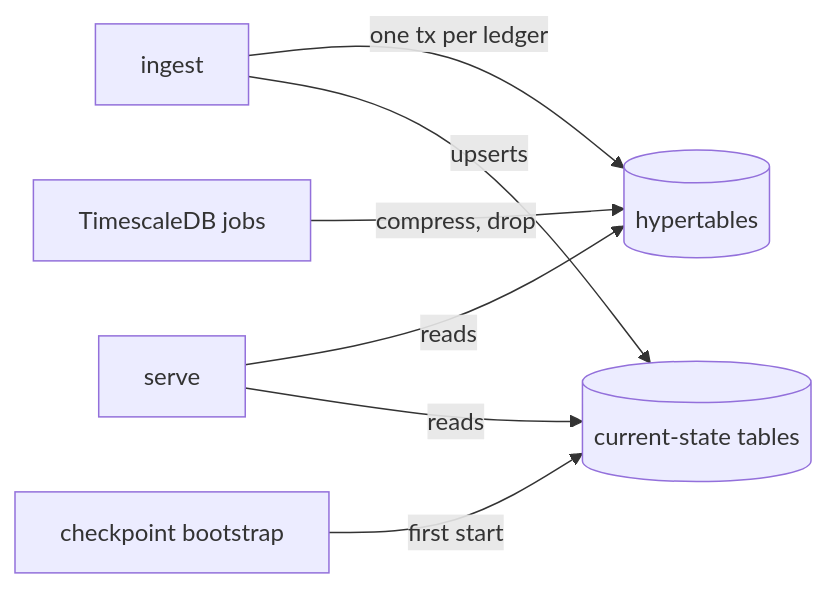
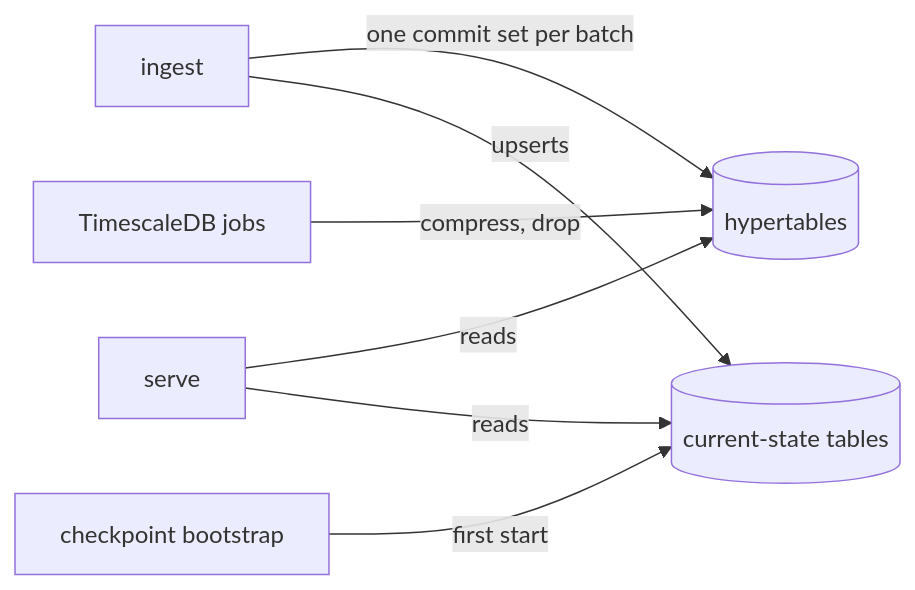
One commit to stellar/wallet-backend changed the diagram in docs/architecture/database.md. Above: the diagram before and after it, drawn with Mermaid. The commit also changed 3 other files, not shown here.

````diff
--- a/docs/architecture/database.md
+++ b/docs/architecture/database.md
@@ -21,9 +21,9 @@
 ```mermaid
 flowchart LR
-    I[ingest] -->|one tx per ledger| H[(hypertables)]
+    I[ingest] -->|one commit set per batch| H[(hypertables)]
     I -->|upserts| S[(current-state tables)]
     C[checkpoint bootstrap] -->|first start| S
     A[serve] -->|reads| H
     A -->|reads| S
     J[TimescaleDB jobs] -->|compress, drop| H
 ```
````
